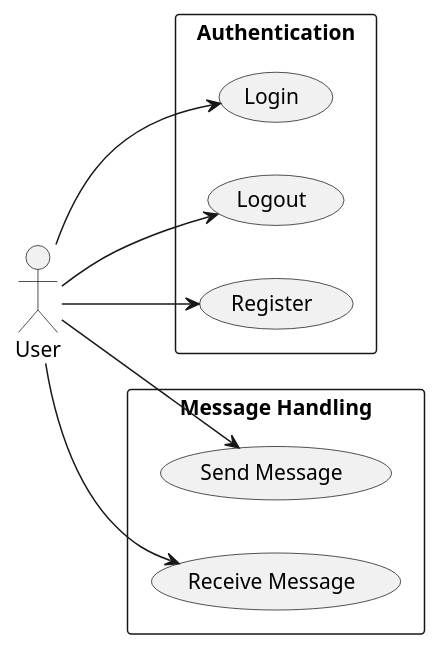
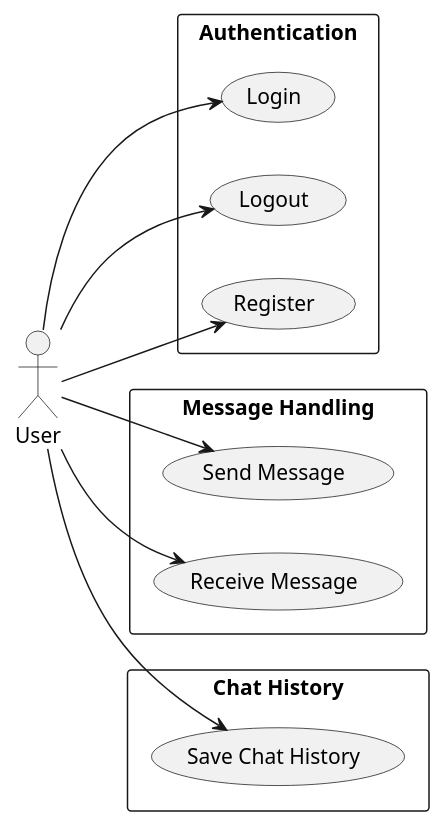
The diagram in docs/UML/use_case.puml (phajj/CSC2620_Hajj_Higgins_Palmer), drawn with PlantUML before and after one commit. The commit also changed 4 other files, not shown here.

Commit message:
Updated UML diagrams to more accurately detail production workflow.

```diff
--- a/docs/UML/use_case.puml
+++ b/docs/UML/use_case.puml
@@ -1,25 +1,28 @@
 @startuml UseCase
 left to right direction
 
 actor "User" as U
 
 rectangle "Authentication" {
     usecase "Login" as UC1
     usecase "Logout" as UC2
     usecase "Register" as UC3
 }
 
 rectangle "Message Handling" {
     usecase "Send Message" as UC4
     usecase "Receive Message" as UC5
 }
 
+rectangle "Chat History" {
+    usecase "Save Chat History" as UC6
+}
+
 U --> UC1
-U --> UC2   
+U --> UC2
 U --> UC3
-
 U --> UC4
 U --> UC5
-
+U --> UC6
 
 @enduml
```
